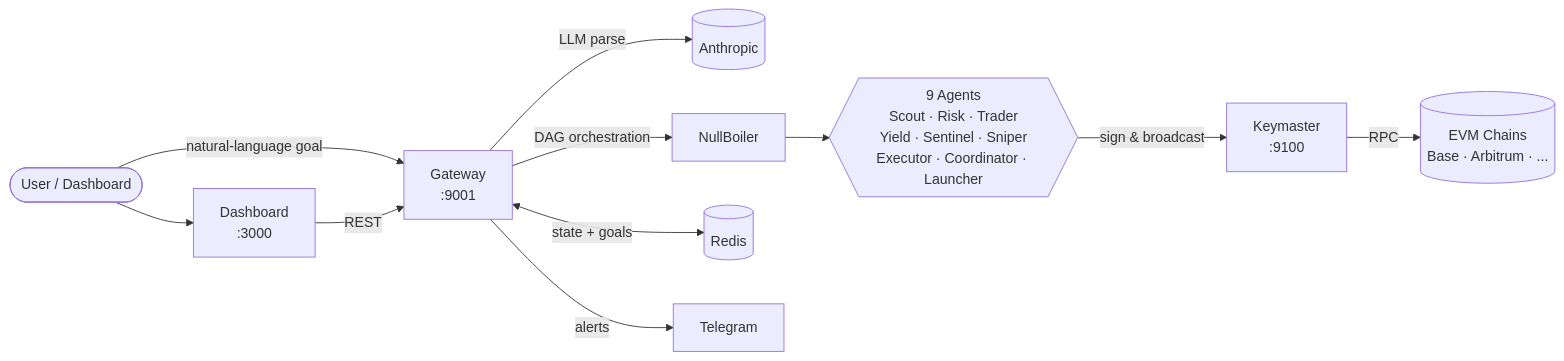
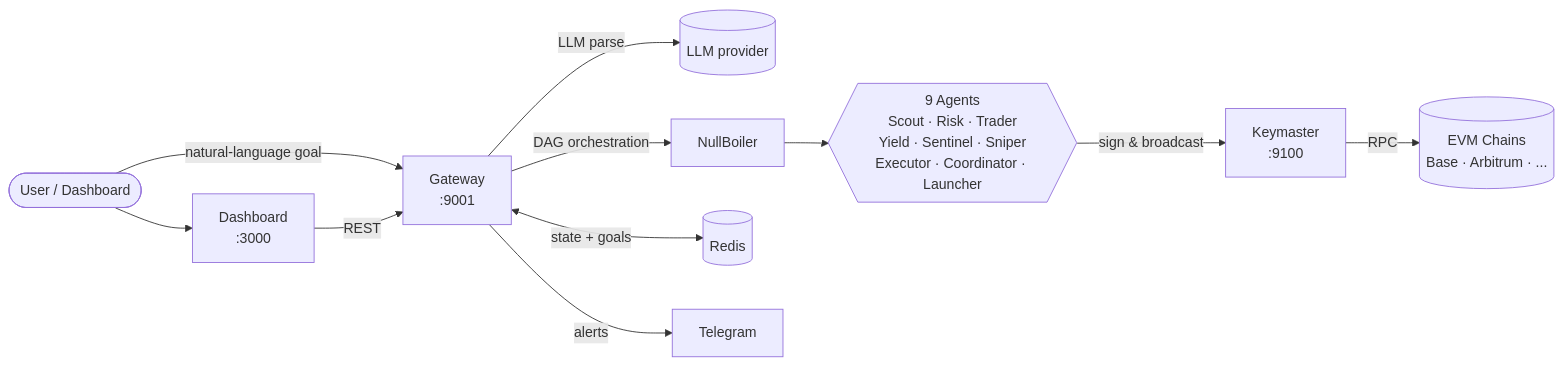
One commit to kingl0w/Vespra changed the diagram in README.md. Above: the diagram before and after it, drawn with Mermaid. The commit also changed other lines of this file and 6 other files, not shown here.

Commit message:
fix: make init.sh and doctor.sh LLM-provider agnostic

````diff
--- a/README.md
+++ b/README.md
@@ -44,13 +44,13 @@
 ```mermaid
 flowchart LR
     user([User / Dashboard]) -->|natural-language goal| gw[Gateway<br/>:9001]
-    gw -->|LLM parse| llm[(Anthropic)]
+    gw -->|LLM parse| llm[(LLM provider)]
     gw -->|DAG orchestration| nb[NullBoiler]
     nb --> agents{{9 Agents<br/>Scout · Risk · Trader<br/>Yield · Sentinel · Sniper<br/>Executor · Coordinator · Launcher}}
     agents -->|sign & broadcast| km[Keymaster<br/>:9100]
     km -->|RPC| chain[(EVM Chains<br/>Base · Arbitrum · ...)]
     gw <-->|state + goals| redis[(Redis)]
     gw -->|alerts| tg[Telegram]
     user --> dash[Dashboard<br/>:3000]
     dash -->|REST| gw
 ```
````
